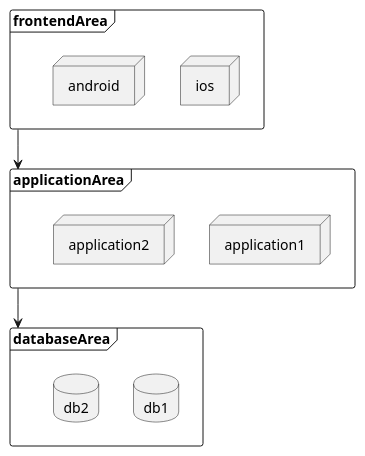
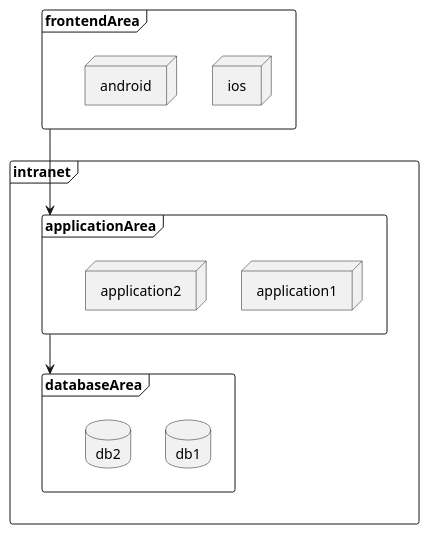
Before and after one commit to Wang-Ray/Wang-Ray.github.io: the diagram in assets/plantuml/deploy-directApplicationArea.md, drawn with PlantUML. The commit also changed 1 other file, not shown here.

Commit message:
add intranet

````diff
--- a/assets/plantuml/deploy-directApplicationArea.md
+++ b/assets/plantuml/deploy-directApplicationArea.md
@@ -1,19 +1,21 @@
 ```plantuml
 @startuml
 frame frontendArea {
     node ios
     node android
 }
-frame applicationArea {
-    node application1
-    node application2
-}
-frame databaseArea {
-    database db1
-    database db2
+frame intranet {
+    frame applicationArea {
+        node application1
+        node application2
+    }
+    frame databaseArea {
+        database db1
+        database db2
+    }
 }
 
 frontendArea --> applicationArea
 applicationArea --> databaseArea
 @enduml
 ```
````
